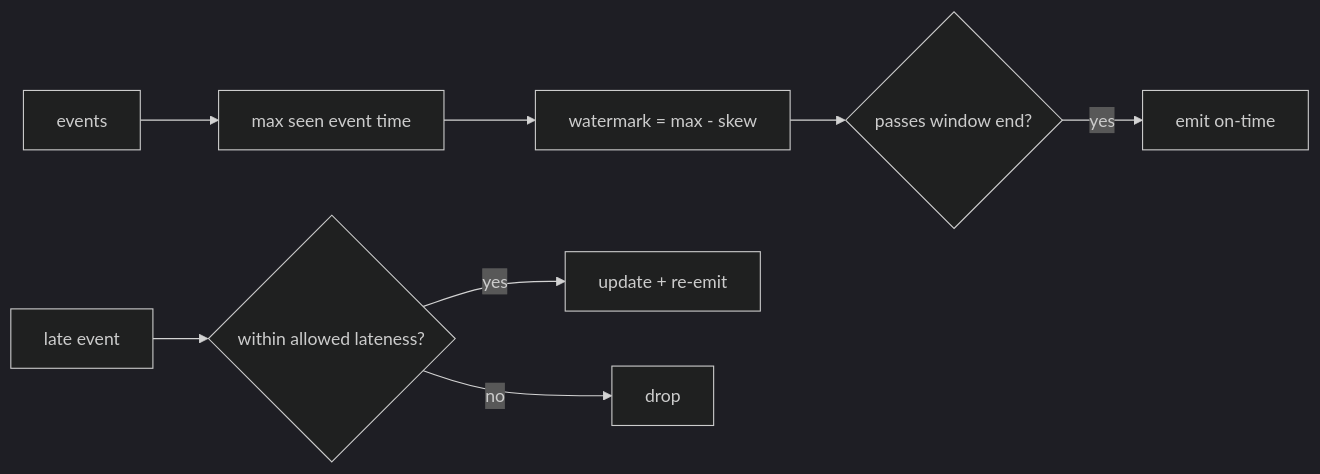
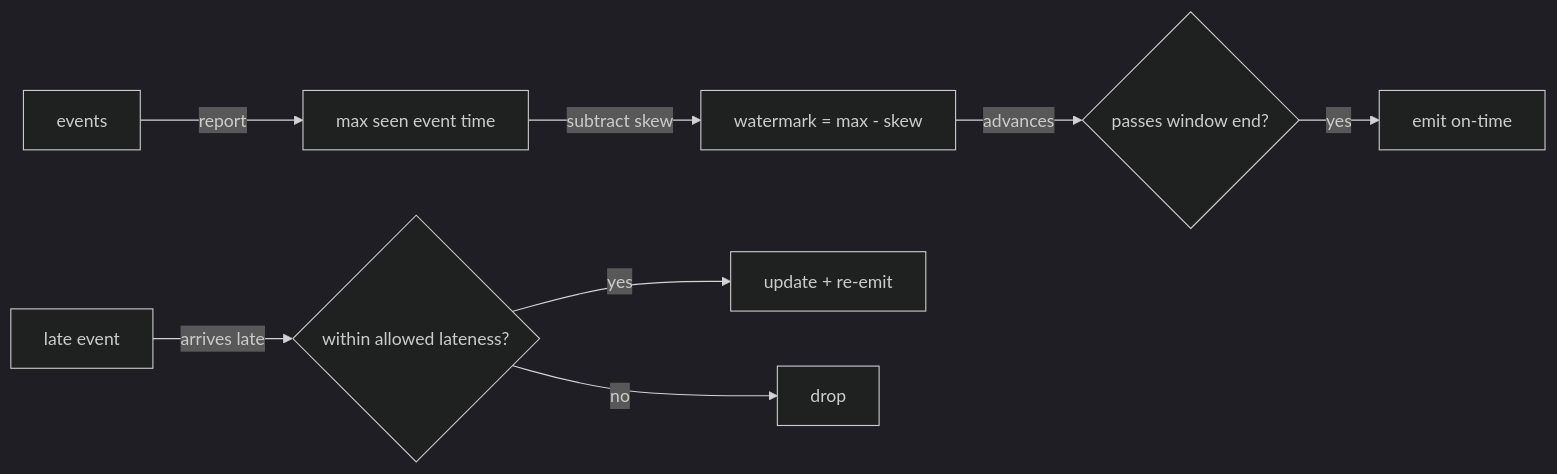
One commit to vinayakuber/streaming-systems-study-guide changed diagram 11 of 19 in docs/ch03-watermarks.md. Above: the diagram before and after it, drawn with Mermaid (dark theme). The commit also changed other lines of this file and 22 other files, not shown here.

First line of the commit message:
R18: label every diagram arrow with its meaning

````diff
--- a/docs/ch03-watermarks.md
+++ b/docs/ch03-watermarks.md
@@ -302,10 +302,10 @@
 ```mermaid
 flowchart LR
-  E["events"] --> M["max seen event time"]
-  M --> W["watermark = max - skew"]
-  W --> T{passes window end?}
+  E["events"] -->|"report"| M["max seen event time"]
+  M -->|"subtract skew"| W["watermark = max - skew"]
+  W -->|"advances"| T{passes window end?}
   T -->|yes| O[emit on-time]
-  L["late event"] --> A{within allowed lateness?}
+  L["late event"] -->|"arrives late"| A{within allowed lateness?}
   A -->|yes| U[update + re-emit]
   A -->|no| D[drop]
 ```
````
